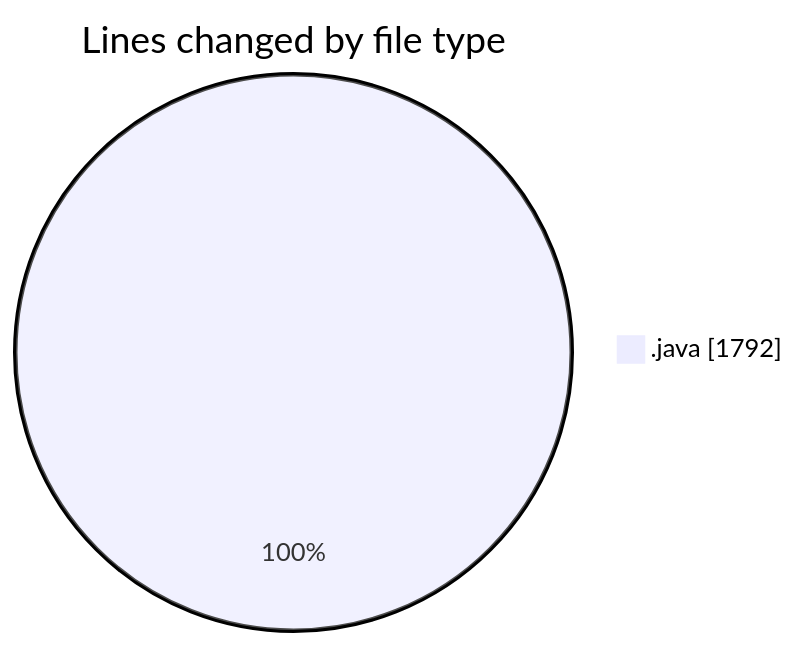
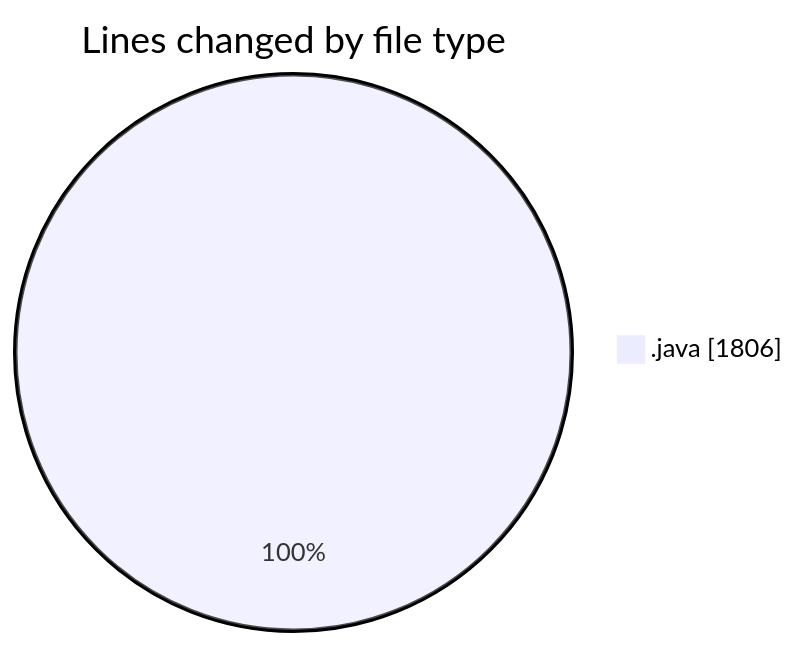
The first of 2 diagrams in 2026-04-16/cilapp/README.md (ricardozamudiocil/code-tracking), drawn with Mermaid before and after one commit. The commit also changed other lines of this file and 1 other file, not shown here.

````diff
--- a/2026-04-16/cilapp/README.md
+++ b/2026-04-16/cilapp/README.md
@@ -28,5 +28,5 @@
 ```mermaid
 pie showData
 title Lines changed by file type
-".java" : 1792
+".java" : 1806
 ```
````
